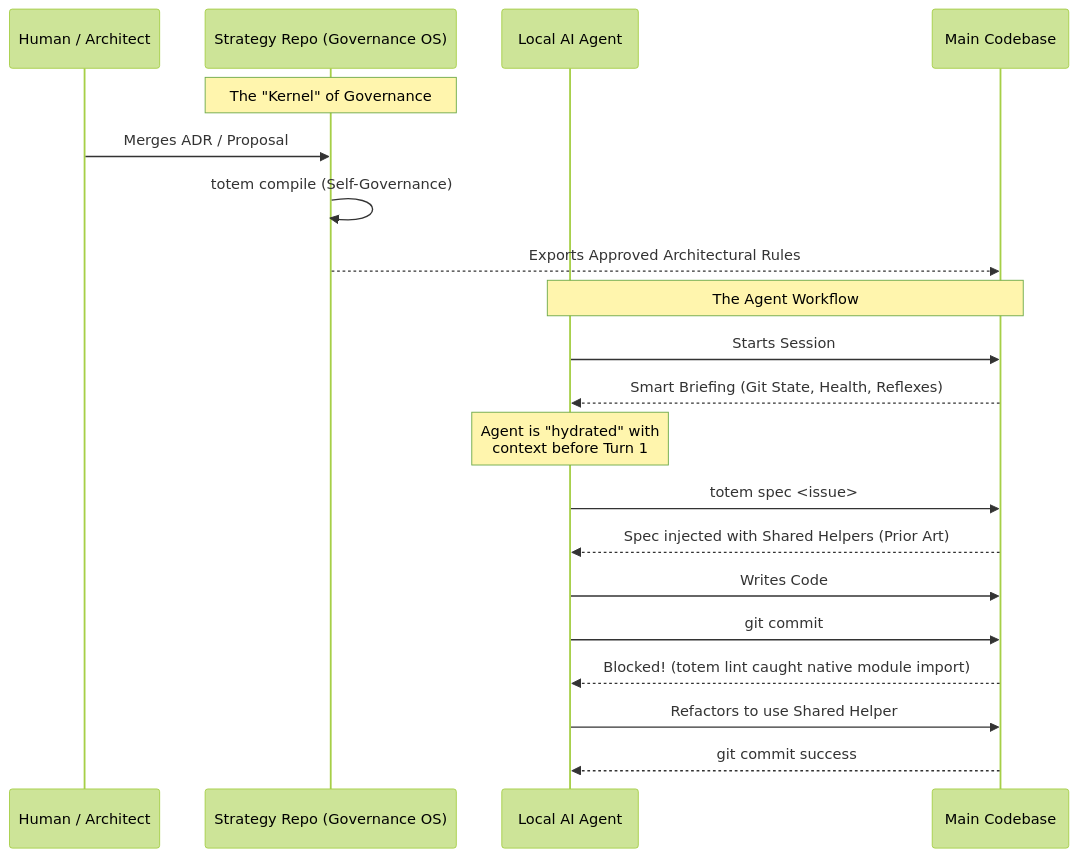
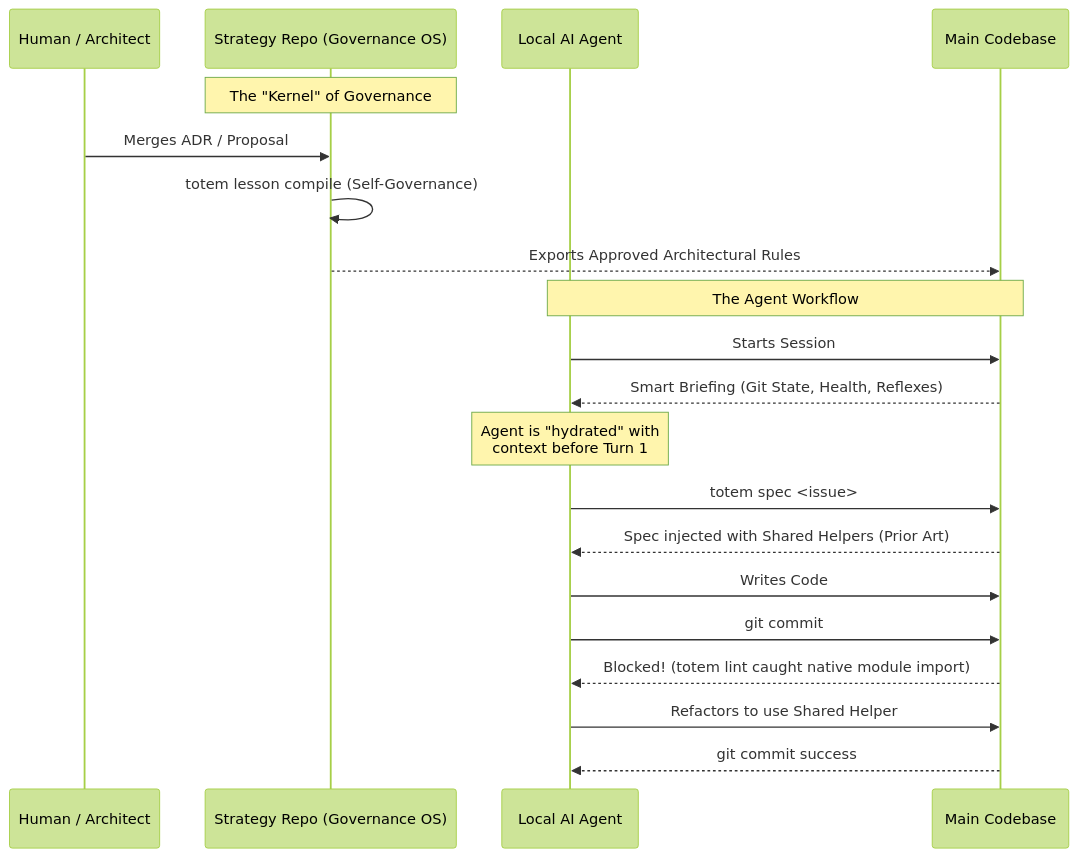
One commit to mmnto-ai/totem changed the second of 4 diagrams in docs/reference/architecture-diagram.md. Above: the diagram before and after it, drawn with Mermaid (forest theme). The commit also changed other lines of this file and 47 other files, not shown here.

````diff
--- a/docs/reference/architecture-diagram.md
+++ b/docs/reference/architecture-diagram.md
@@ -55,26 +55,26 @@
 ```mermaid
 sequenceDiagram
     participant Dev as Human / Architect
     participant Strategy as Strategy Repo (Governance OS)
     participant Agent as Local AI Agent
     participant Product as Main Codebase
 
     Note over Strategy: The "Kernel" of Governance
     Dev->>Strategy: Merges ADR / Proposal
-    Strategy->>Strategy: totem compile (Self-Governance)
+    Strategy->>Strategy: totem lesson compile (Self-Governance)
     Strategy-->>Product: Exports Approved Architectural Rules
 
     Note over Agent, Product: The Agent Workflow
     Agent->>Product: Starts Session
     Product-->>Agent: Smart Briefing (Git State, Health, Reflexes)
     Note over Agent: Agent is "hydrated" with<br/>context before Turn 1
 
     Agent->>Product: totem spec <issue>
     Product-->>Agent: Spec injected with Shared Helpers (Prior Art)
 
     Agent->>Product: Writes Code
     Agent->>Product: git commit
     Product-->>Agent: Blocked! (totem lint caught native module import)
     Agent->>Product: Refactors to use Shared Helper
     Product-->>Agent: git commit success
 ```
````
